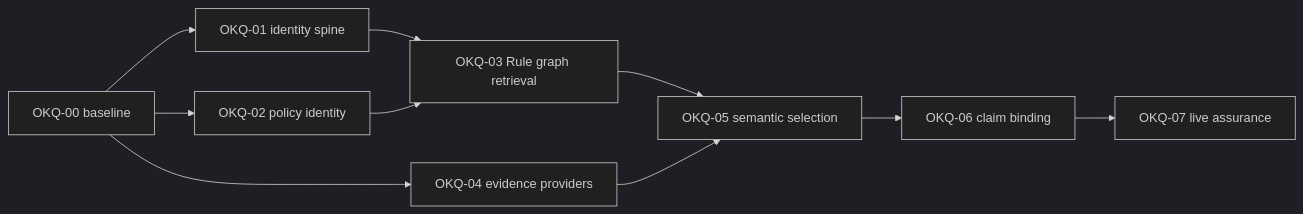
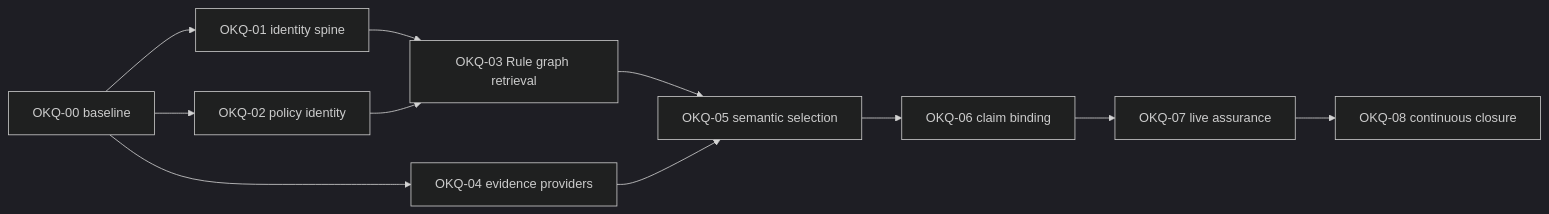
The fifth of 5 diagrams in operational-knowledge-query-hardening-plan.md (dotnetpower/fdai), drawn with Mermaid (dark theme) before and after one commit. The commit also changed other lines of this file and 1 other file, not shown here.

Commit message:
docs(ontology): enforce epistemic closure plan

````diff
--- a/operational-knowledge-query-hardening-plan.md
+++ b/operational-knowledge-query-hardening-plan.md
@@ -342,12 +604,13 @@
 ```mermaid
 flowchart LR
     B[OKQ-00 baseline] --> I[OKQ-01 identity spine]
     B --> P[OKQ-02 policy identity]
     I --> R[OKQ-03 Rule graph retrieval]
     P --> R
     B --> E[OKQ-04 evidence providers]
     R --> S[OKQ-05 semantic selection]
     E --> S
     S --> C[OKQ-06 claim binding]
     C --> V[OKQ-07 live assurance]
+    V --> A[OKQ-08 continuous closure]
 ```
````
